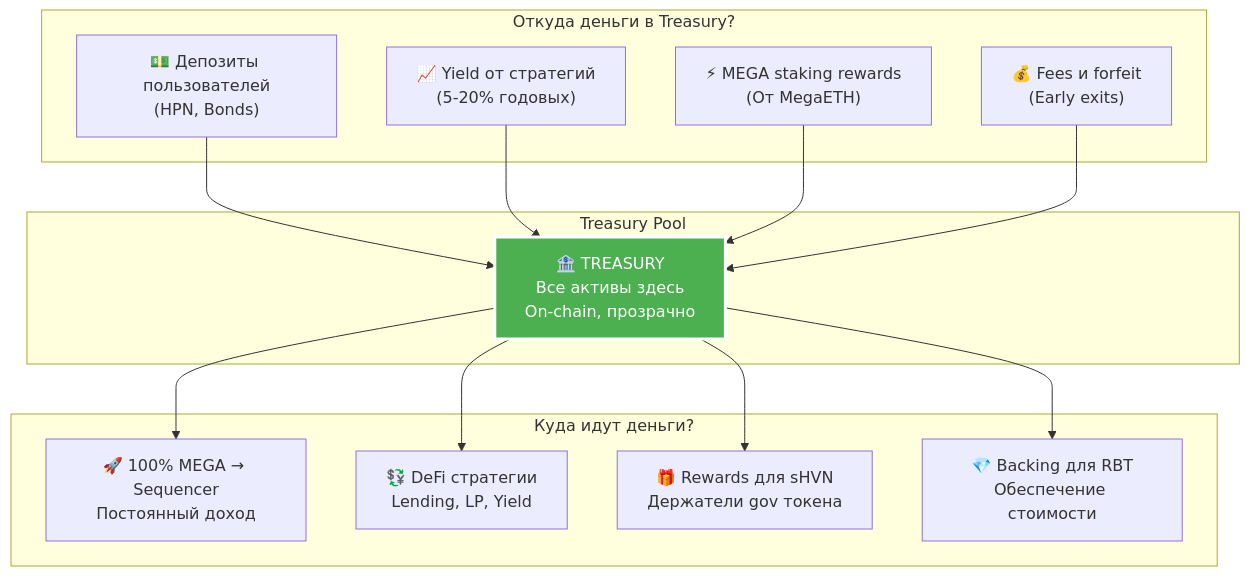
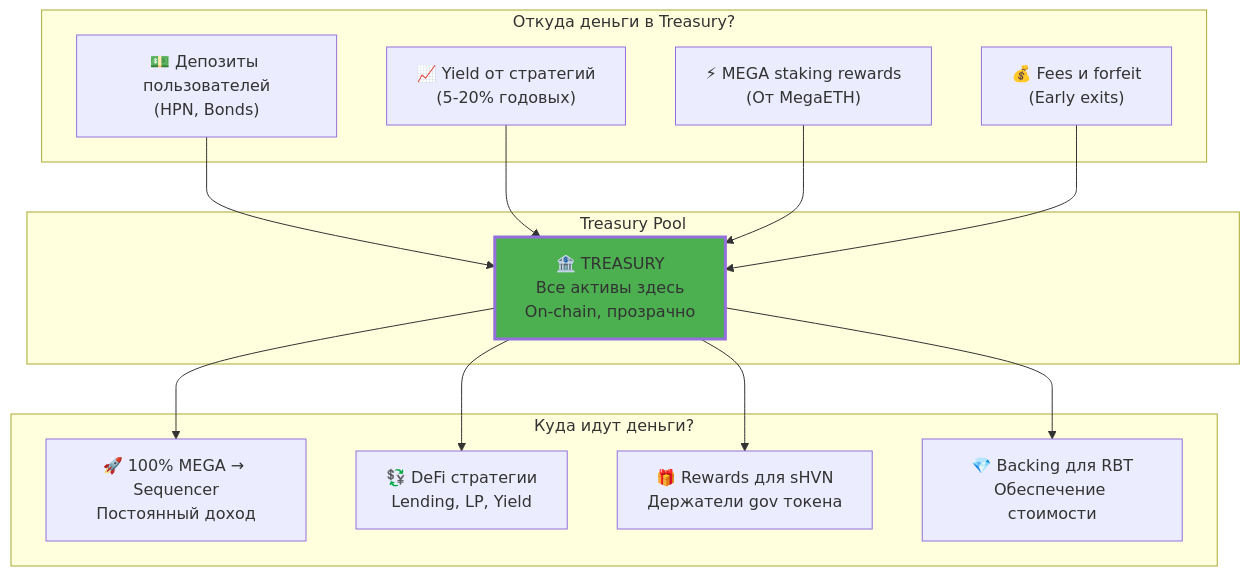
One commit to 0xJaehaerys/ohmega changed the second of 5 diagrams in blackhaven-simple-mechanics.md. Above: the diagram before and after it, drawn with Mermaid. The commit also changed other lines of this file and 6 other files, not shown here.

First line of the commit message:
Remove white color from all diagrams

````diff
--- a/blackhaven-simple-mechanics.md
+++ b/blackhaven-simple-mechanics.md
@@ -62,32 +62,32 @@
 ```mermaid
 graph TD
     subgraph "Откуда деньги в Treasury?"
         IN1["💵 Депозиты пользователей<br/>(HPN, Bonds)"]
         IN2["📈 Yield от стратегий<br/>(5-20% годовых)"]
         IN3["⚡ MEGA staking rewards<br/>(От MegaETH)"]
         IN4["💰 Fees и forfeit<br/>(Early exits)"]
     end
     
     subgraph "Treasury Pool"
         POOL["🏦 TREASURY<br/>Все активы здесь<br/>On-chain, прозрачно"]
     end
     
     subgraph "Куда идут деньги?"
         OUT1["🚀 100% MEGA → Sequencer<br/>Постоянный доход"]
         OUT2["💱 DeFi стратегии<br/>Lending, LP, Yield"]
         OUT3["🎁 Rewards для sHVN<br/>Держатели gov токена"]
         OUT4["💎 Backing для RBT<br/>Обеспечение стоимости"]
     end
     
     IN1 --> POOL
     IN2 --> POOL
     IN3 --> POOL
     IN4 --> POOL
     
     POOL --> OUT1
     POOL --> OUT2
     POOL --> OUT3
     POOL --> OUT4
     
-    style POOL fill:#4CAF50,stroke:#fff,stroke-width:3px,color:#fff
+    style POOL fill:#4CAF50,stroke-width:3px
 ```
````
